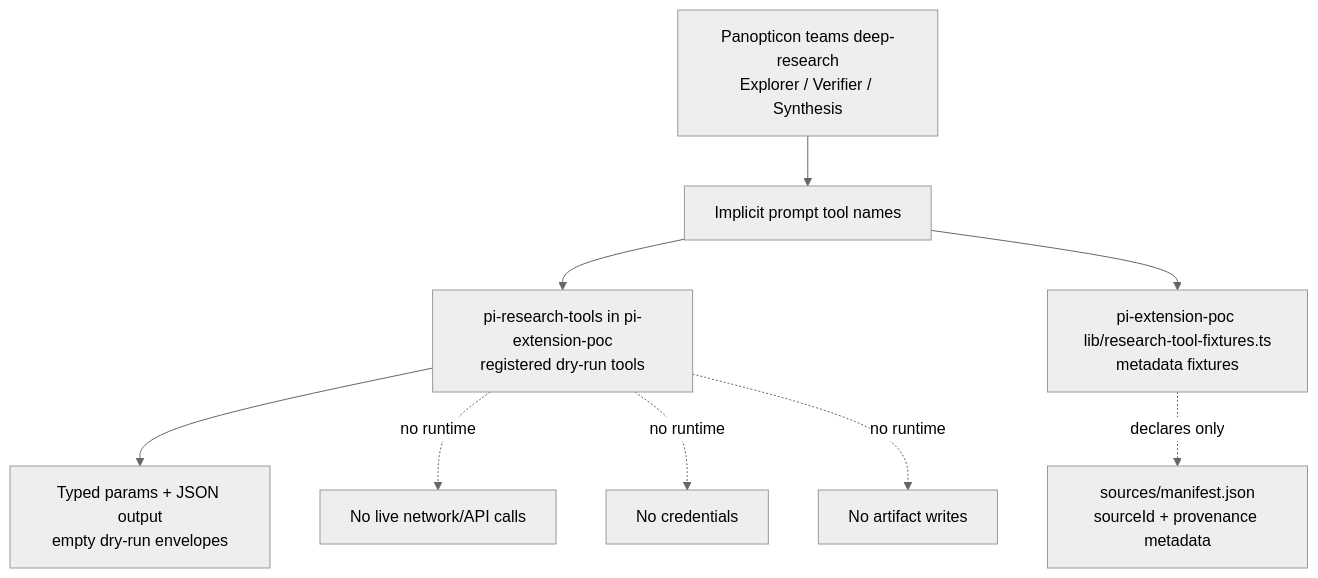
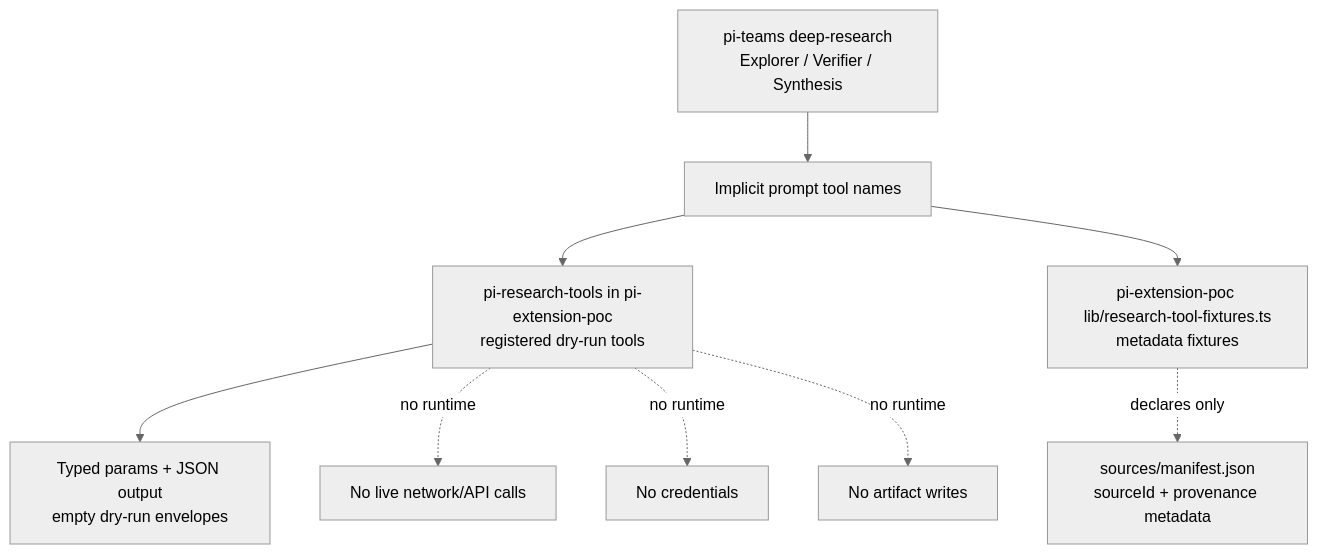
One commit to tS7hKamAYL84j91/pi-tools-and-skills changed diagram 19 of 25 in docs/architecture.md. Above: the diagram before and after it, drawn with Mermaid (neutral theme). The commit also changed other lines of this file and 207 other files, not shown here.

````diff
--- a/docs/architecture.md
+++ b/docs/architecture.md
@@ -624,12 +649,12 @@
 ```mermaid
 flowchart TD
-  DeepResearch[Panopticon teams deep-research\nExplorer / Verifier / Synthesis] --> PromptTools[Implicit prompt tool names]
+  DeepResearch[pi-teams deep-research\nExplorer / Verifier / Synthesis] --> PromptTools[Implicit prompt tool names]
   PromptTools --> Registered[pi-research-tools in pi-extension-poc\nregistered dry-run tools]
   PromptTools --> Manifest[pi-extension-poc lib/research-tool-fixtures.ts\nmetadata fixtures]
   Registered --> Json[Typed params + JSON output\nempty dry-run envelopes]
   Manifest -. declares only .-> Artifacts[sources/manifest.json\nsourceId + provenance metadata]
 
   Registered -. no runtime .-> NoNetwork[No live network/API calls]
   Registered -. no runtime .-> NoCreds[No credentials]
   Registered -. no runtime .-> NoWrites[No artifact writes]
 ```
````
